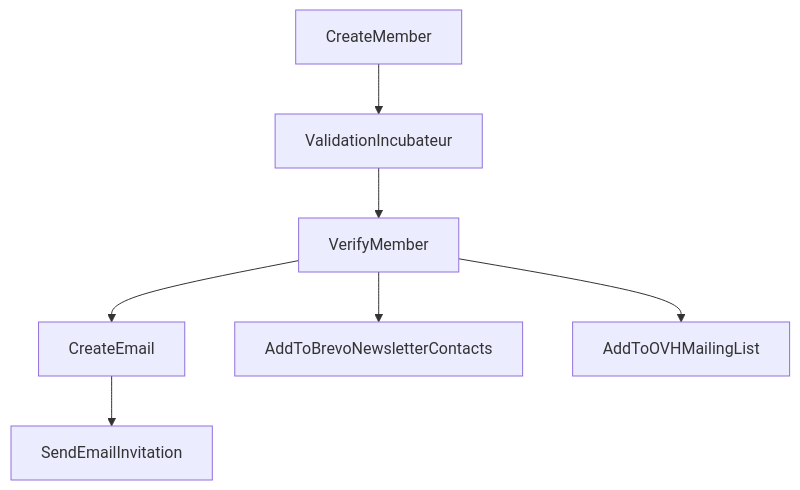
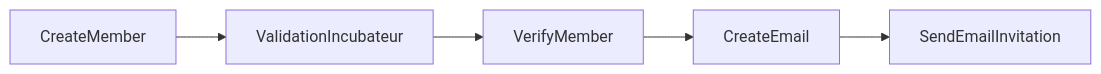
Before and after one commit to betagouv/espace-membre-next: the diagram in README.md, drawn with Mermaid. The commit also changed other lines of this file and 5 other files, not shown here.

````diff
--- a/README.md
+++ b/README.md
@@ -181,10 +172,8 @@
 ```mermaid
-graph TD
+graph LR
 
 CreateMember-->ValidationIncubateur
 ValidationIncubateur-->VerifyMember
 VerifyMember-->CreateEmail
 CreateEmail-->SendEmailInvitation
-VerifyMember-->AddToBrevoNewsletterContacts
-VerifyMember-->AddToOVHMailingList
 ```
````
